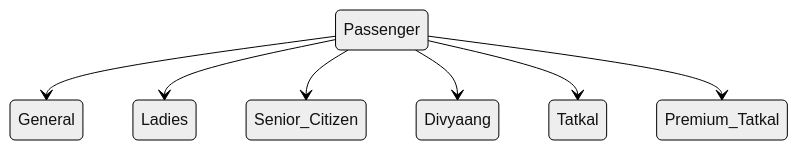
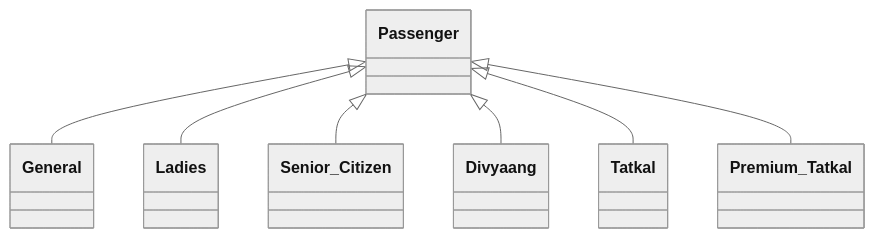
The second of 2 diagrams in Assig3_Theory/Readme.md (abhigandhi29/Software_Lab), drawn with Mermaid (neutral theme) before and after one commit. The commit also changed other lines of this file and 9 other files, not shown here.

````diff
--- a/Assig3_Theory/Readme.md
+++ b/Assig3_Theory/Readme.md
@@ -35,9 +35,9 @@
 ```mermaid
-stateDiagram
-	Passenger --> General
-	Passenger --> Ladies
-	Passenger --> Senior_Citizen
-	Passenger --> Divyaang
-	Passenger --> Tatkal
-	Passenger --> Premium_Tatkal
+classDiagram
+	Passenger <|-- General
+	Passenger <|-- Ladies
+	Passenger <|-- Senior_Citizen
+	Passenger <|-- Divyaang
+	Passenger <|-- Tatkal
+	Passenger <|-- Premium_Tatkal
 ```
````
